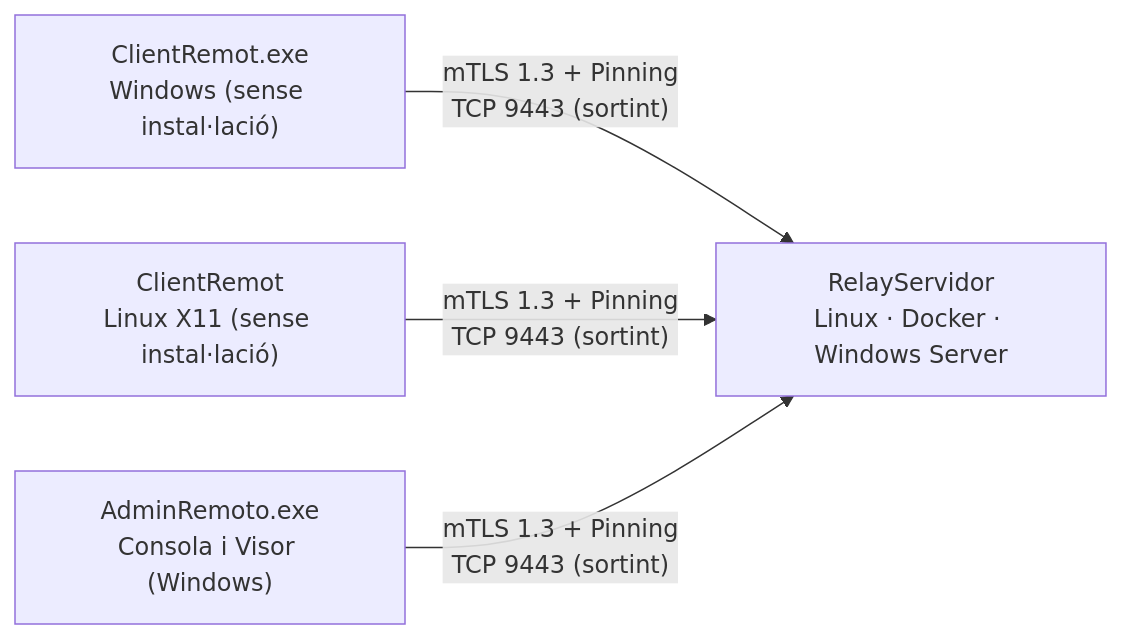
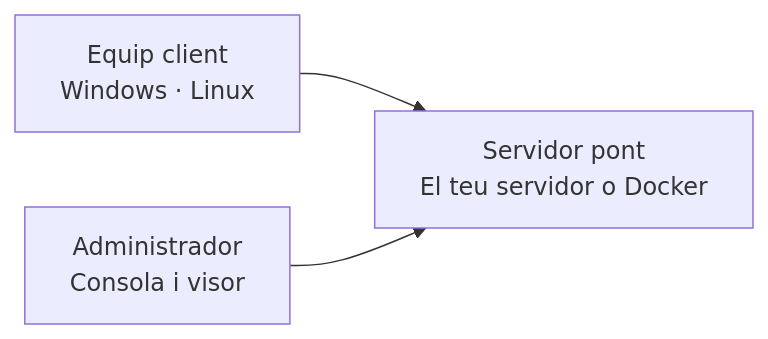
The diagram in README.md (jaanque/Gecko), drawn with Mermaid before and after one commit. The commit also changed other lines of this file and 2 other files, not shown here.

````diff
--- a/README.md
+++ b/README.md
@@ -25,6 +35,5 @@
 ```mermaid
 flowchart LR
-    CW["ClientRemot.exe<br/>Windows (sense instal·lació)"] -- "mTLS 1.3 + Pinning<br/>TCP 9443 (sortint)" --> R["RelayServidor<br/>Linux · Docker · Windows Server"]
-    CL["ClientRemot<br/>Linux X11 (sense instal·lació)"] -- "mTLS 1.3 + Pinning<br/>TCP 9443 (sortint)" --> R
-    A["AdminRemoto.exe<br/>Consola i Visor (Windows)"] -- "mTLS 1.3 + Pinning<br/>TCP 9443 (sortint)" --> R
+    C["Equip client<br/>Windows · Linux"] --> R["Servidor pont<br/>El teu servidor o Docker"]
+    A["Administrador<br/>Consola i visor"] --> R
 ```
````
